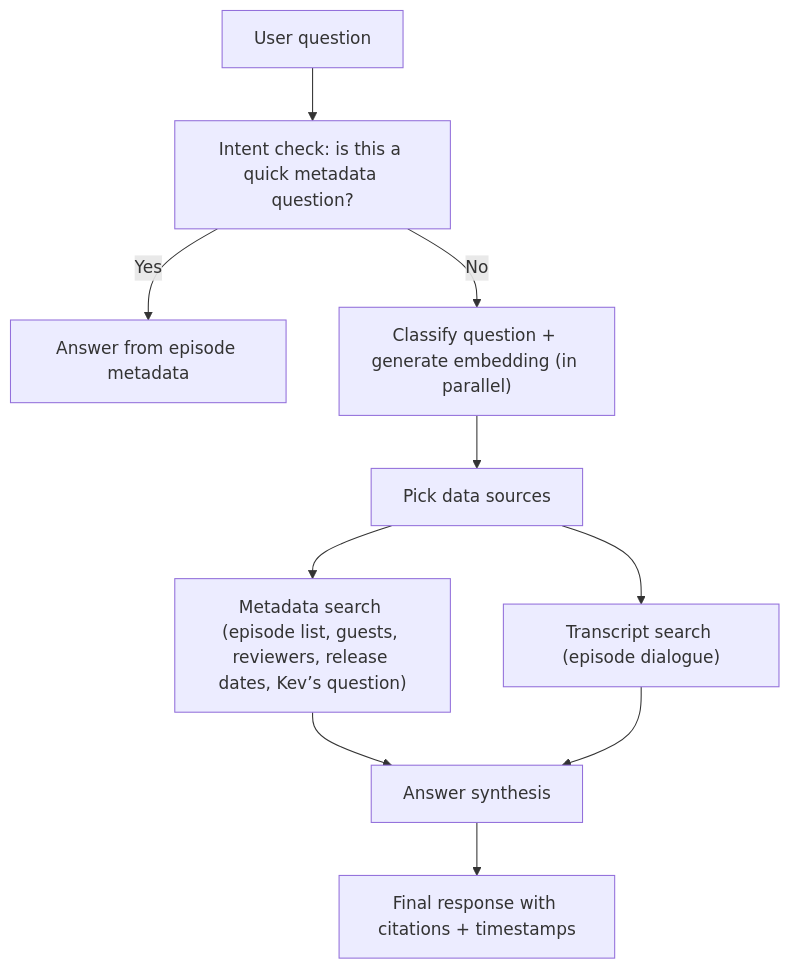
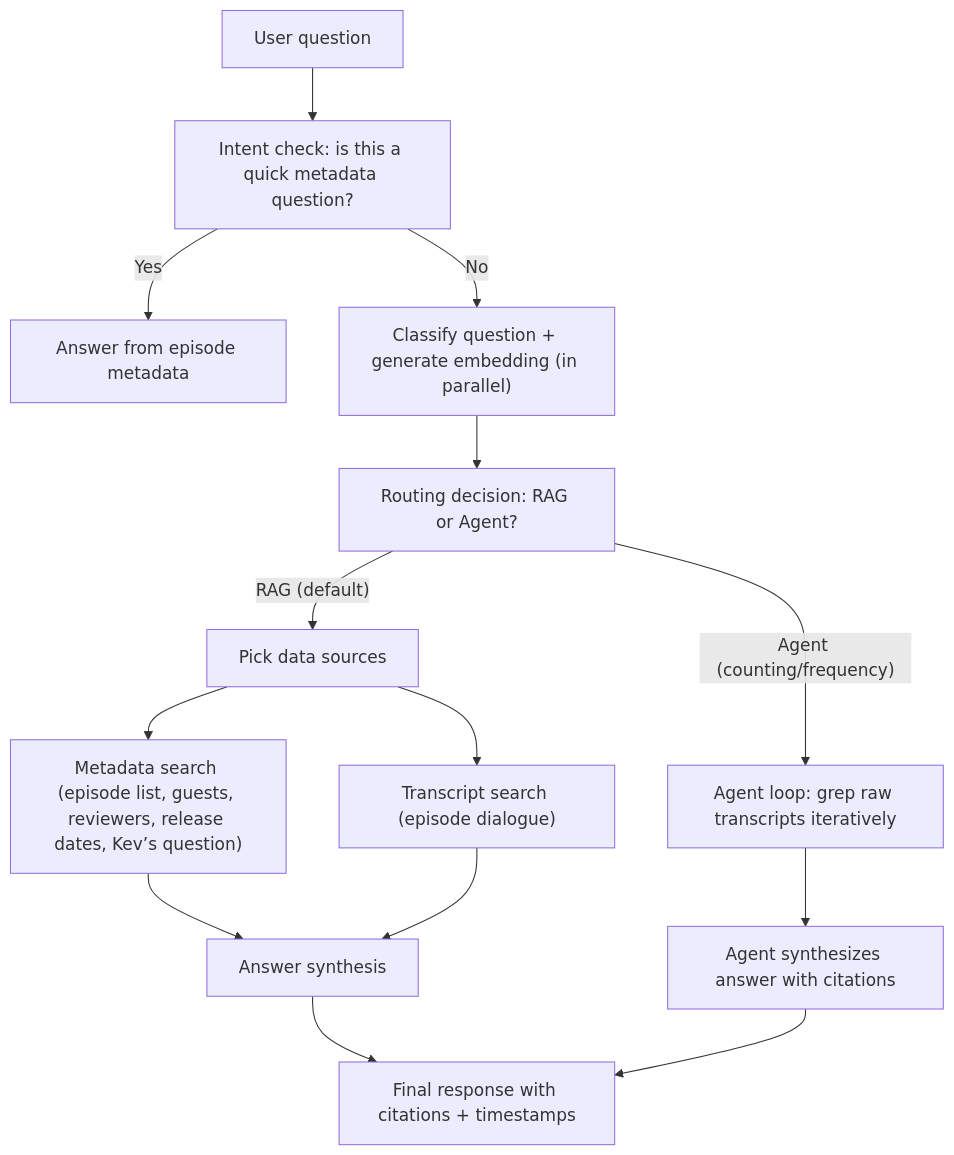
One commit to matthh/transcript-app changed the first of 2 diagrams in docs/query-journey.md. Above: the diagram before and after it, drawn with Mermaid. The commit also changed other lines of this file and 3 other files, not shown here.

````diff
--- a/docs/query-journey.md
+++ b/docs/query-journey.md
@@ -16,12 +16,16 @@
 ```mermaid
 flowchart TD
   A["User question"] --> B["Intent check: is this a quick metadata question?"]
   B -- "Yes" --> C["Answer from episode metadata"]
   B -- "No" --> D["Classify question + generate embedding (in parallel)"]
-  D --> E["Pick data sources"]
+  D --> R["Routing decision: RAG or Agent?"]
+  R -- "Agent (counting/frequency)" --> AG["Agent loop: grep raw transcripts iteratively"]
+  AG --> AGR["Agent synthesizes answer with citations"]
+  R -- "RAG (default)" --> E["Pick data sources"]
   E --> F["Metadata search (episode list, guests, reviewers, release dates, Kev’s question)"]
   E --> G["Transcript search (episode dialogue)"]
   F --> H["Answer synthesis"]
   G --> H["Answer synthesis"]
   H --> I["Final response with citations + timestamps"]
+  AGR --> I
 ```
````
